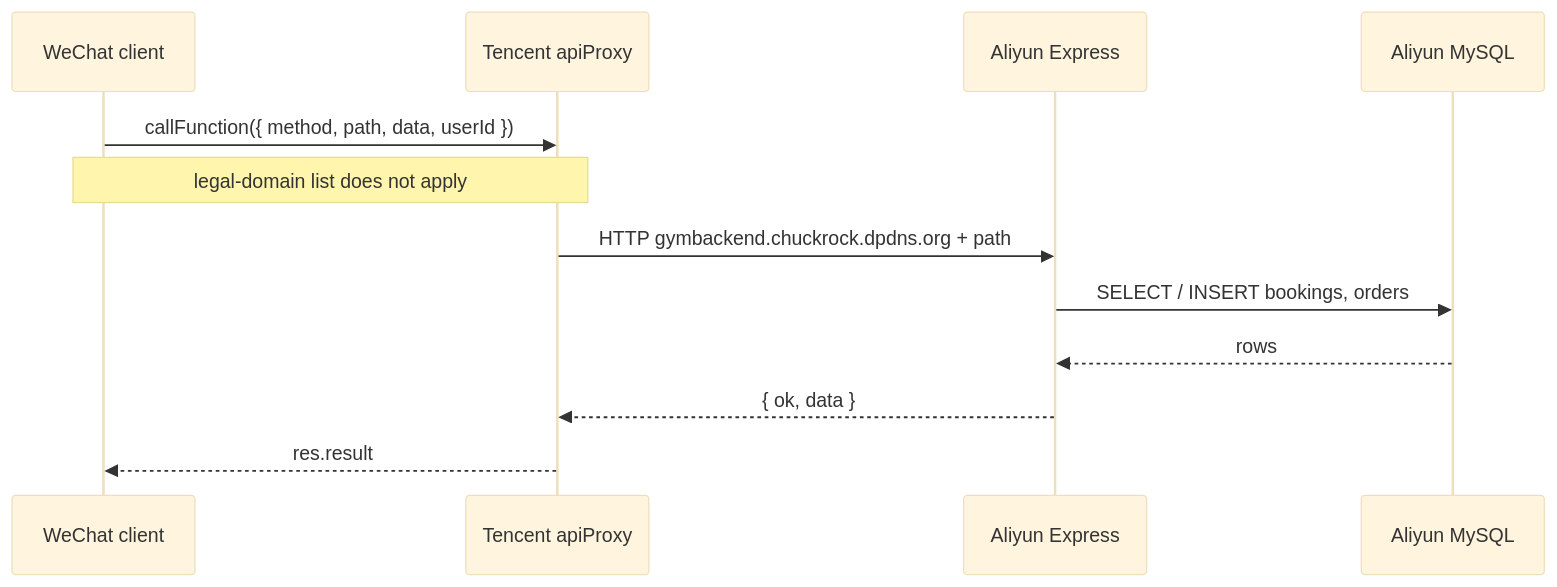
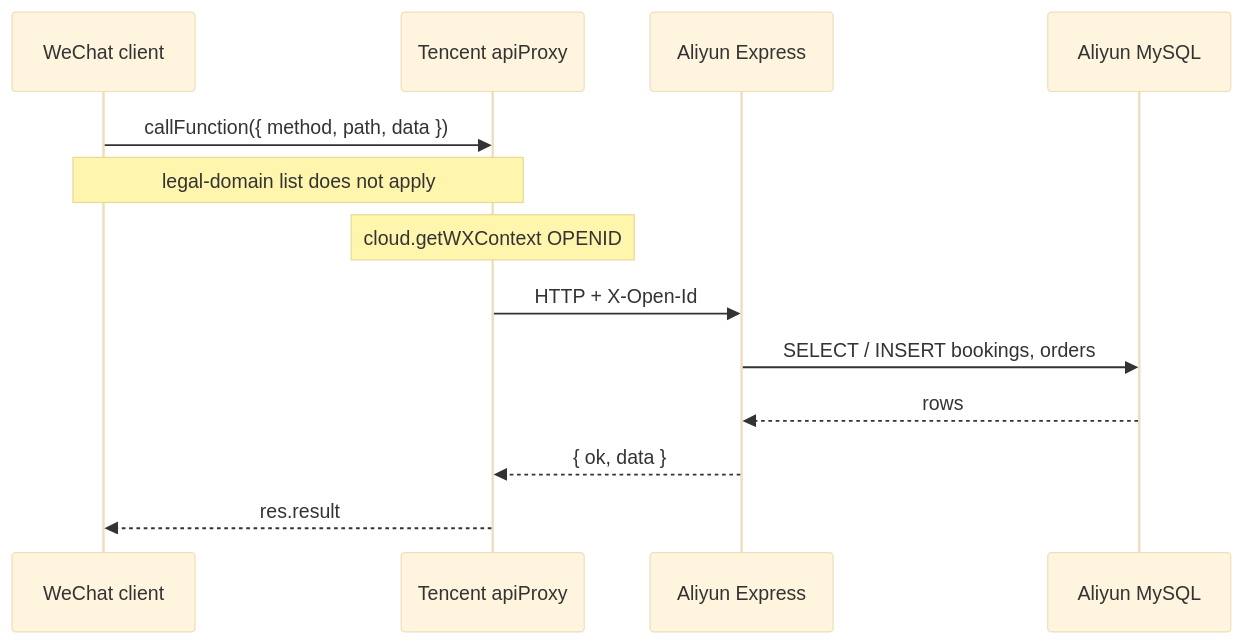
Before and after one commit to YanHuang545/GymMiniprogram: the second of 6 diagrams in README.md, drawn with Mermaid (base theme). The commit also changed other lines of this file and 33 other files, not shown here.

````diff
--- a/README.md
+++ b/README.md
@@ -56,15 +56,16 @@
 ```mermaid
 sequenceDiagram
   participant Phone as WeChat client
   participant CF as Tencent apiProxy
   participant EX as Aliyun Express
   participant DB as Aliyun MySQL
 
-  Phone->>CF: callFunction({ method, path, data, userId })
+  Phone->>CF: callFunction({ method, path, data })
   Note over Phone,CF: legal-domain list does not apply
-  CF->>EX: HTTP gymbackend.chuckrock.dpdns.org + path
+  Note over CF: cloud.getWXContext OPENID
+  CF->>EX: HTTP + X-Open-Id
   EX->>DB: SELECT / INSERT bookings, orders
   DB-->>EX: rows
   EX-->>CF: { ok, data }
   CF-->>Phone: res.result
 ```
````
